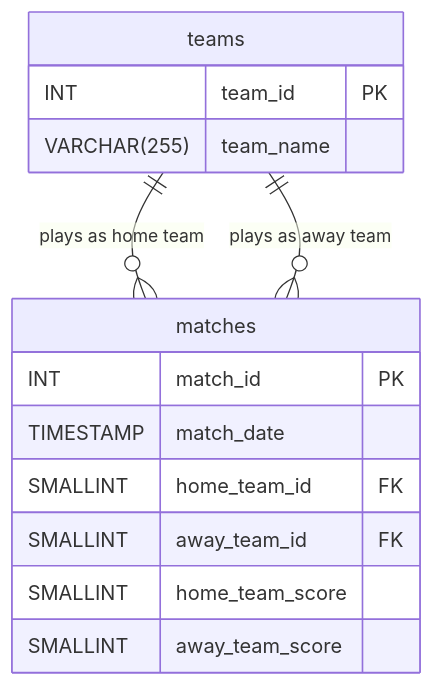
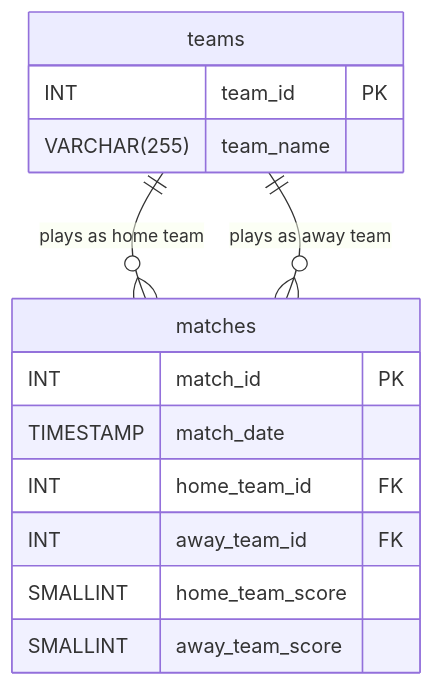
The third of 3 diagrams in module_3_relationships/3.1_one_to_many_relationships/3.1.3_reading_more_one_to_many_examples.md (mmantle-hud/githubpages), drawn with Mermaid before and after one commit. The commit also changed other lines of this file, not shown here.

```diff
--- a/module_3_relationships/3.1_one_to_many_relationships/3.1.3_reading_more_one_to_many_examples.md
+++ b/module_3_relationships/3.1_one_to_many_relationships/3.1.3_reading_more_one_to_many_examples.md
@@ -90,17 +114,17 @@
 <pre class="mermaid">
 erDiagram
     teams||--o{matches : "plays as home team"
     teams||--o{matches : "plays as away team"
     teams{
         INT team_id PK
         VARCHAR(255) team_name
     }
     matches{
         INT match_id PK
         TIMESTAMP match_date
-        SMALLINT home_team_id FK 
-        SMALLINT away_team_id FK
+        INT home_team_id FK 
+        INT away_team_id FK
         SMALLINT home_team_score 
         SMALLINT away_team_score
     }
 </pre>
```
